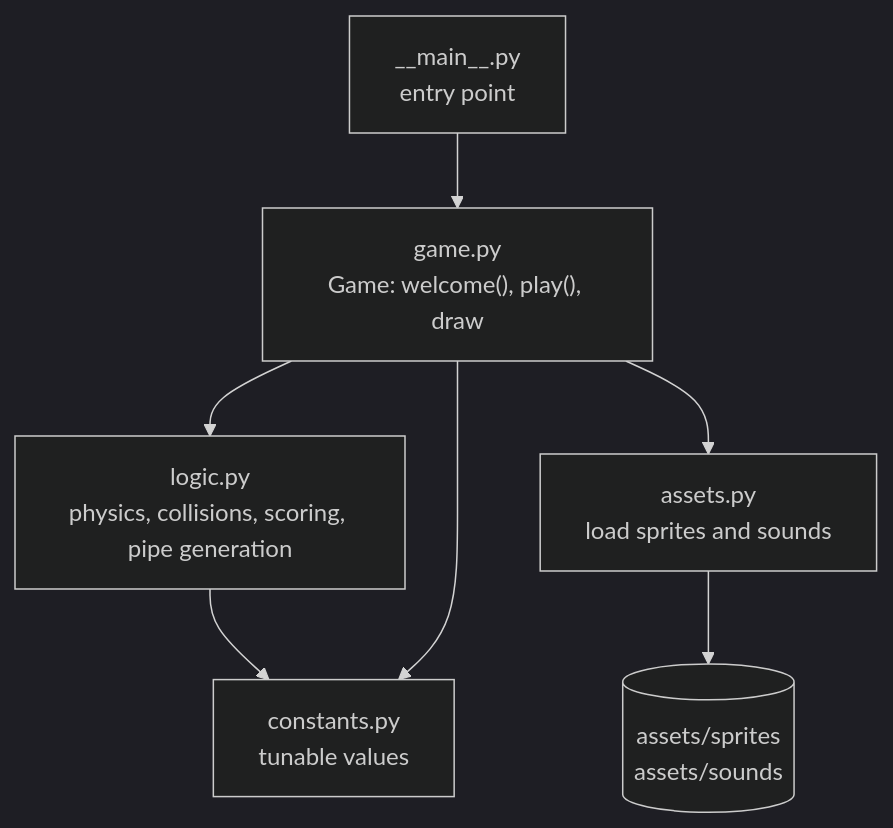
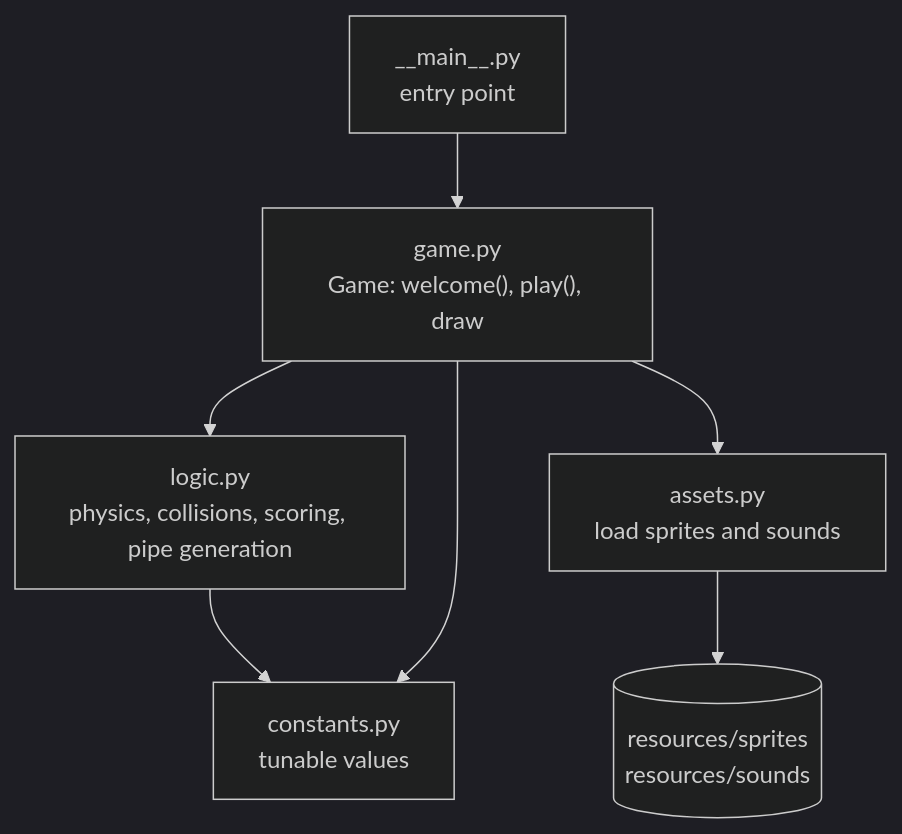
The first of 2 diagrams in README.md (Praneetha1844/WingDash), drawn with Mermaid (dark theme) before and after one commit. The commit also changed other lines of this file and 2 other files, not shown here.

Commit message:
docs: update install, structure, tests and limitations for packaged assets

````diff
--- a/README.md
+++ b/README.md
@@ -22,9 +23,9 @@
 ```mermaid
 flowchart TD
     main["__main__.py<br/>entry point"] --> game["game.py<br/>Game: welcome(), play(), draw"]
     game --> logic["logic.py<br/>physics, collisions, scoring, pipe generation"]
     game --> assets["assets.py<br/>load sprites and sounds"]
     logic --> constants["constants.py<br/>tunable values"]
     game --> constants
-    assets --> files[("assets/sprites<br/>assets/sounds")]
+    assets --> files[("resources/sprites<br/>resources/sounds")]
 ```
````
